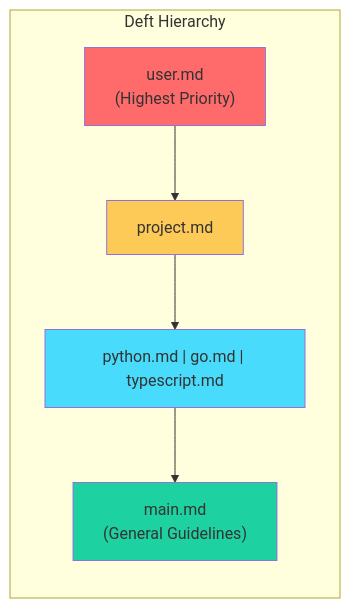
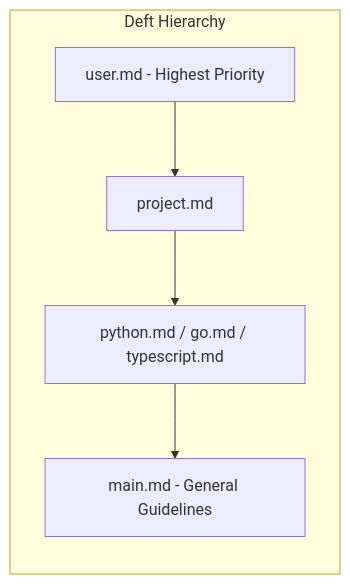
The second of 10 diagrams in docs/VISIONIK-AI-ROADMAP.md (visionik/acphast), drawn with Mermaid before and after one commit. The commit also changed other lines of this file, not shown here.

Commit message:
Fix Mermaid: remove colors, fix text in boxes

````diff
--- a/docs/VISIONIK-AI-ROADMAP.md
+++ b/docs/VISIONIK-AI-ROADMAP.md
@@ -51,17 +45,12 @@
 ```mermaid
 flowchart TB
     subgraph Deft["Deft Hierarchy"]
         direction TB
-        User["user.md\n(Highest Priority)"]
+        User["user.md - Highest Priority"]
         Project["project.md"]
-        Lang["python.md | go.md | typescript.md"]
-        Main["main.md\n(General Guidelines)"]
+        Lang["python.md / go.md / typescript.md"]
+        Main["main.md - General Guidelines"]
         
         User --> Project --> Lang --> Main
     end
-    
-    style User fill:#ff6b6b
-    style Project fill:#feca57
-    style Lang fill:#48dbfb
-    style Main fill:#1dd1a1
 ```
````
